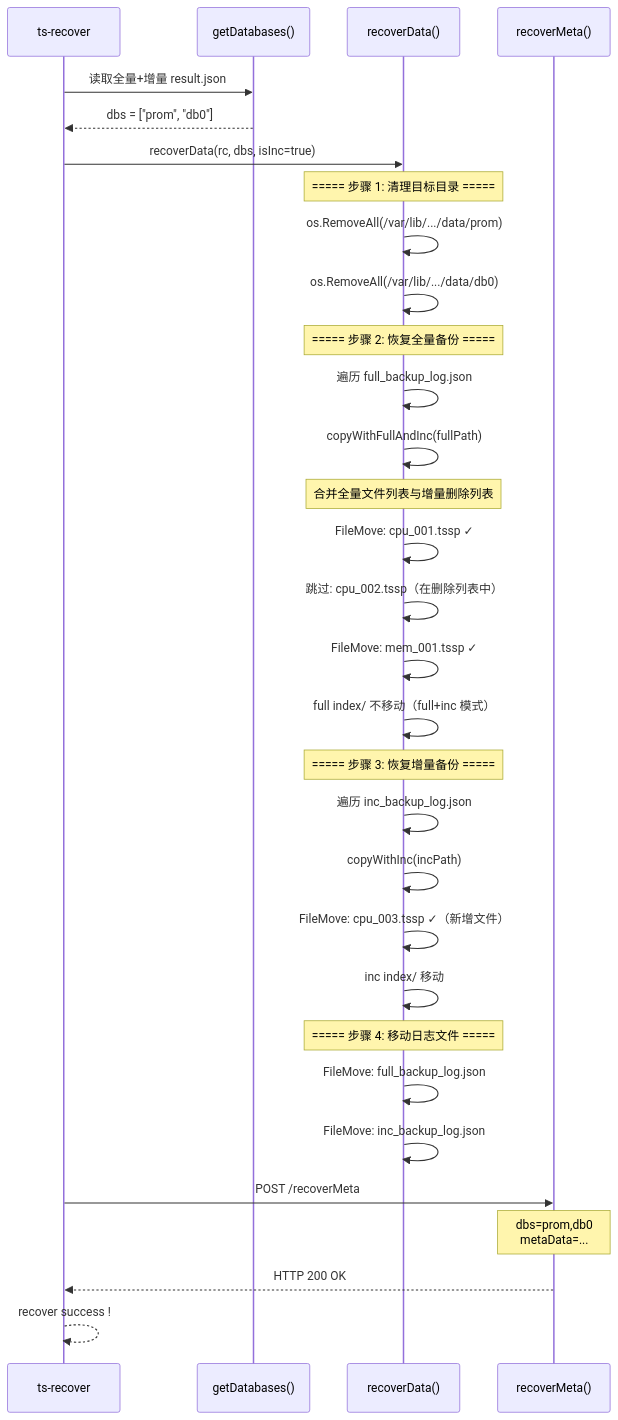
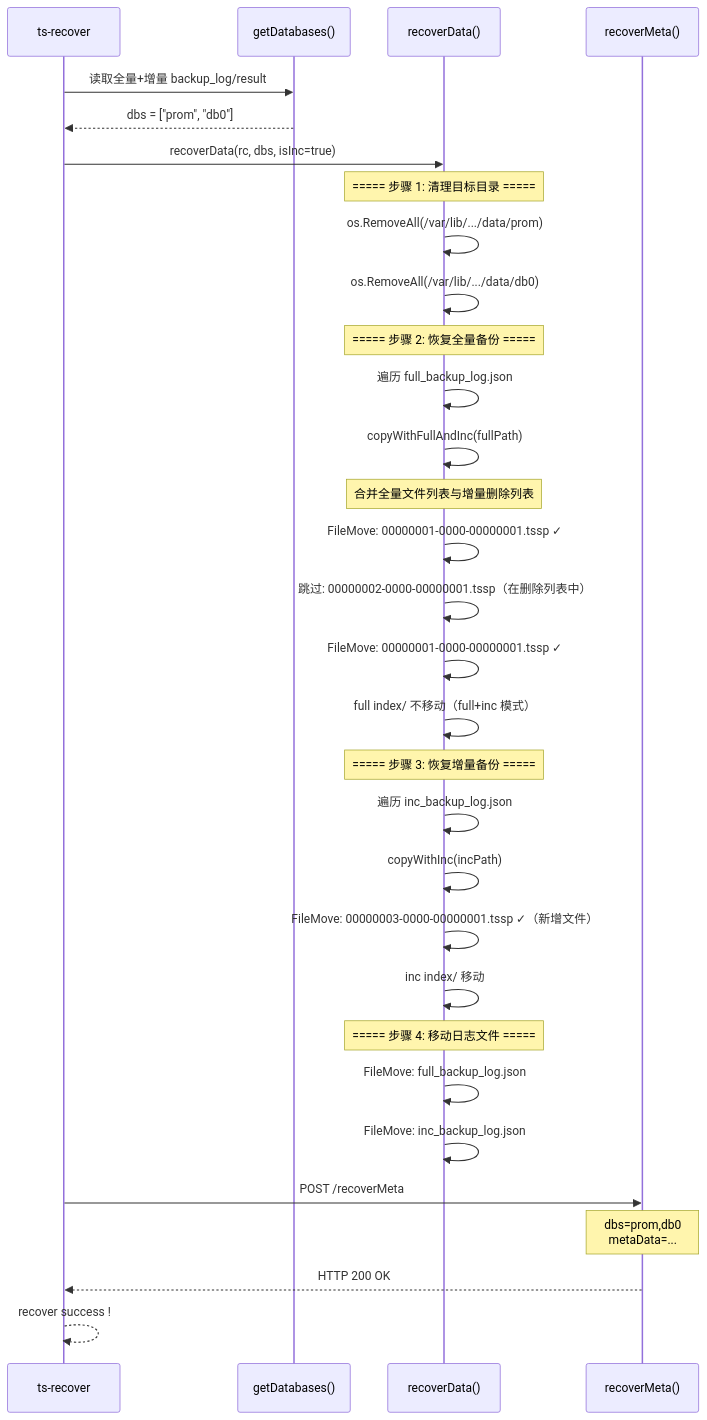
The eighth of 11 diagrams in docs/specs/35_recovery_tool_spec.md (stefanv5/openGemini), drawn with Mermaid before and after one commit. The commit also changed other lines of this file and 37 other files, not shown here.

````diff
--- a/docs/specs/35_recovery_tool_spec.md
+++ b/docs/specs/35_recovery_tool_spec.md
@@ -820,41 +868,41 @@
 ```mermaid
 sequenceDiagram
     participant CLI as ts-recover
     participant DB as getDatabases()
     participant Data as recoverData()
     participant Meta as recoverMeta()
 
-    CLI->>DB: 读取全量+增量 result.json
+    CLI->>DB: 读取全量+增量 backup_log/result
     DB-->>CLI: dbs = ["prom", "db0"]
 
     CLI->>Data: recoverData(rc, dbs, isInc=true)
 
     Note over Data: ===== 步骤 1: 清理目标目录 =====
     Data->>Data: os.RemoveAll(/var/lib/.../data/prom)
     Data->>Data: os.RemoveAll(/var/lib/.../data/db0)
 
     Note over Data: ===== 步骤 2: 恢复全量备份 =====
     Data->>Data: 遍历 full_backup_log.json
     Data->>Data: copyWithFullAndInc(fullPath)
     Note over Data: 合并全量文件列表与增量删除列表
-    Data->>Data: FileMove: cpu_001.tssp ✓
-    Data->>Data: 跳过: cpu_002.tssp（在删除列表中）
-    Data->>Data: FileMove: mem_001.tssp ✓
+    Data->>Data: FileMove: 00000001-0000-00000001.tssp ✓
+    Data->>Data: 跳过: 00000002-0000-00000001.tssp（在删除列表中）
+    Data->>Data: FileMove: 00000001-0000-00000001.tssp ✓
     Data->>Data: full index/ 不移动（full+inc 模式）
 
     Note over Data: ===== 步骤 3: 恢复增量备份 =====
     Data->>Data: 遍历 inc_backup_log.json
     Data->>Data: copyWithInc(incPath)
-    Data->>Data: FileMove: cpu_003.tssp ✓（新增文件）
+    Data->>Data: FileMove: 00000003-0000-00000001.tssp ✓（新增文件）
     Data->>Data: inc index/ 移动
 
     Note over Data: ===== 步骤 4: 移动日志文件 =====
     Data->>Data: FileMove: full_backup_log.json
     Data->>Data: FileMove: inc_backup_log.json
 
     CLI->>Meta: POST /recoverMeta
     Note over Meta: dbs=prom,db0<br/>metaData=...
     Meta-->>CLI: HTTP 200 OK
 
     CLI-->>CLI: recover success !
 ```
````
